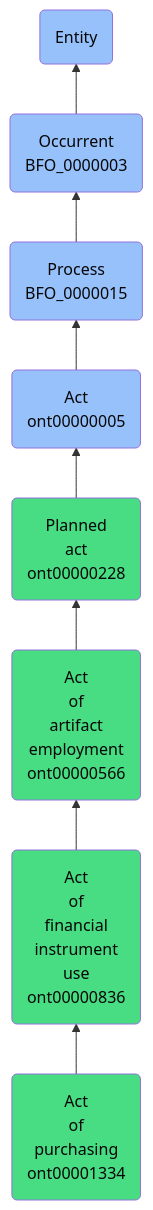
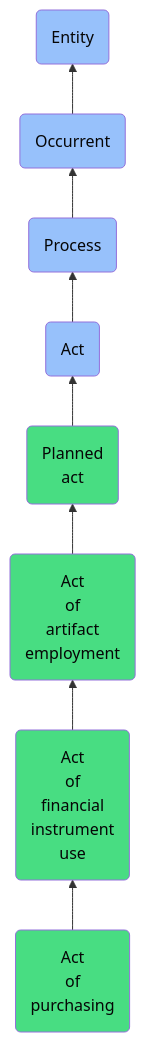
The diagram in docs/ontology/reference/model/Entity/Occurrent/Process/Act/Planned act/Act of artifact employment/Act of financial instrument use/Act of purchasing/Act of purchasing.md (jupyter-naas/abi), drawn with Mermaid before and after one commit. The commit also changed other lines of this file and 1430 other files, not shown here.

````diff
--- a/docs/ontology/reference/model/Entity/Occurrent/Process/Act/Planned act/Act of artifact employment/Act of financial instrument use/Act of purchasing/Act of purchasing.md
+++ b/docs/ontology/reference/model/Entity/Occurrent/Process/Act/Planned act/Act of artifact employment/Act of financial instrument use/Act of purchasing/Act of purchasing.md
@@ -24,15 +24,15 @@
 ```mermaid
 graph BT
-    ont00001334(Act<br>of<br>purchasing<br>ont00001334):::ABI-->ont00000836
-    ont00000836(Act<br>of<br>financial<br>instrument<br>use<br>ont00000836):::ABI-->ont00000566
-    ont00000566(Act<br>of<br>artifact<br>employment<br>ont00000566):::ABI-->ont00000228
-    ont00000228(Planned<br>act<br>ont00000228):::ABI-->ont00000005
-    ont00000005(Act<br>ont00000005):::BFO-->BFO_0000015
-    BFO_0000015(Process<br>BFO_0000015):::BFO-->BFO_0000003
-    BFO_0000003(Occurrent<br>BFO_0000003):::BFO-->BFO_0000001
+    ont00001334(Act<br>of<br>purchasing):::ABI-->ont00000836
+    ont00000836(Act<br>of<br>financial<br>instrument<br>use):::ABI-->ont00000566
+    ont00000566(Act<br>of<br>artifact<br>employment):::ABI-->ont00000228
+    ont00000228(Planned<br>act):::ABI-->ont00000005
+    ont00000005(Act):::BFO-->BFO_0000015
+    BFO_0000015(Process):::BFO-->BFO_0000003
+    BFO_0000003(Occurrent):::BFO-->BFO_0000001
     BFO_0000001(Entity):::BFO
     
     classDef BFO fill:#97c1fb,color:#060606
     classDef CCO fill:#e4c51e,color:#060606
     classDef ABI fill:#48DD82,color:#060606
 ```
````
